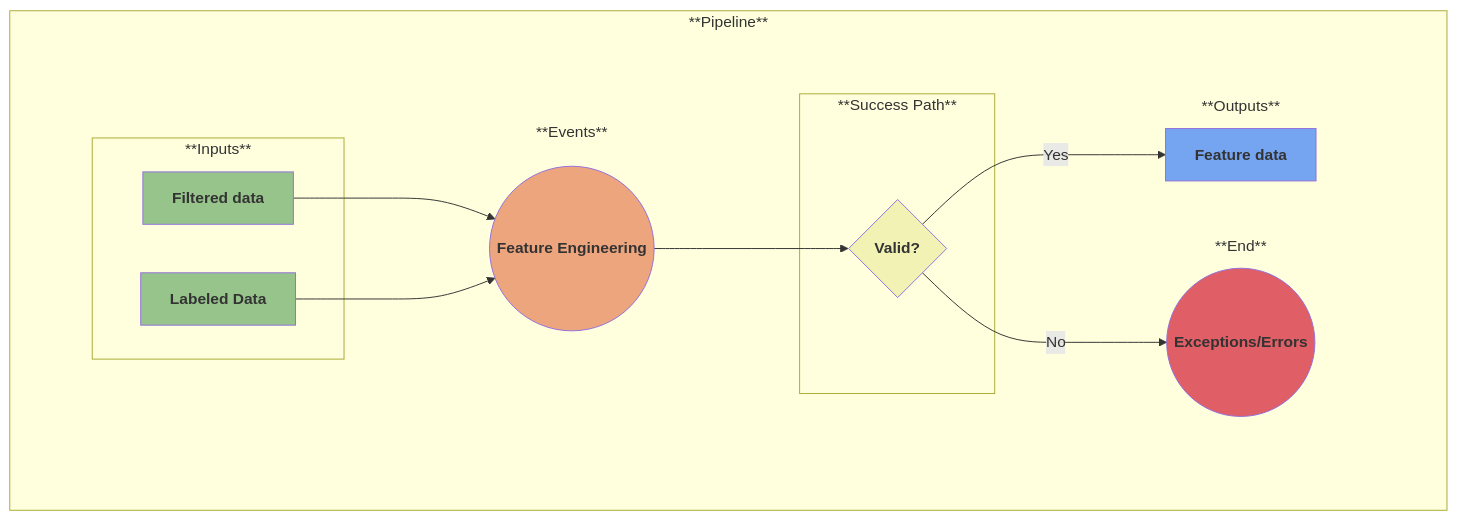
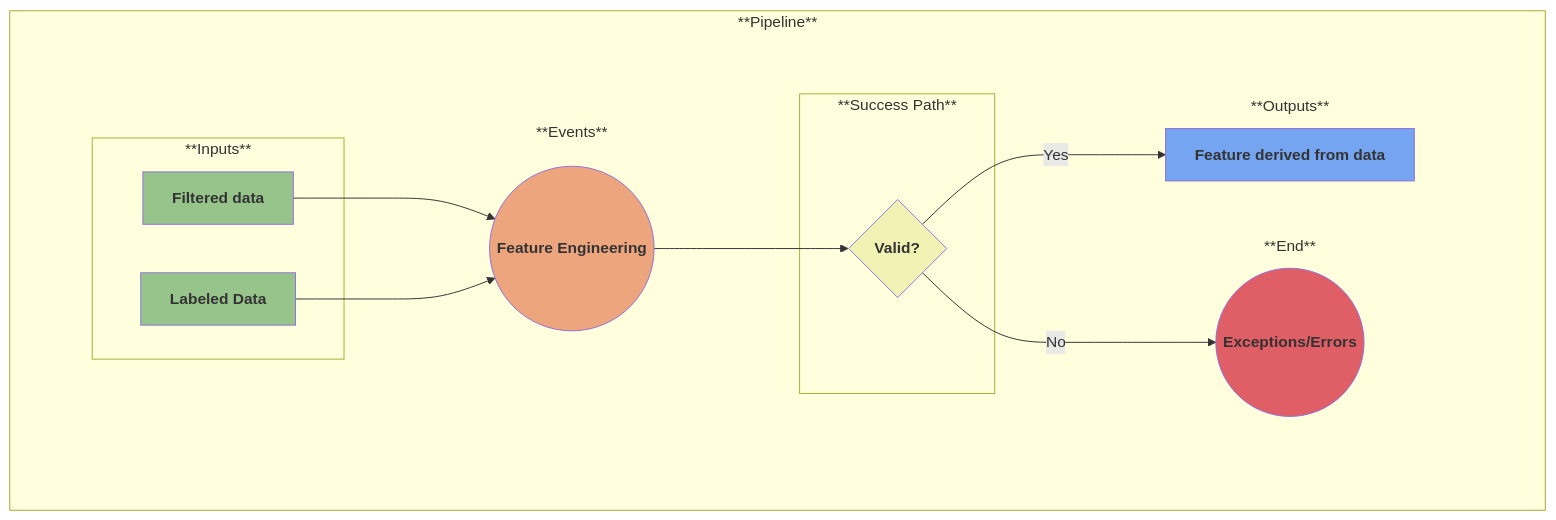
The diagram in use-cases/3a-feature-engineering.md (MLOps-OpenAPI/arch-diagrams), drawn with Mermaid before and after one commit. The commit also changed other lines of this file, not shown here.

````diff
--- a/use-cases/3a-feature-engineering.md
+++ b/use-cases/3a-feature-engineering.md
@@ -16,69 +18,69 @@
 ```mermaid
 
 %% Creating a left-to-right flowchart
 %% Learn the syntax here: https://mermaid.js.org/syntax/flowchart.html
 %% Note: flowchart and graph are the same in Mermaid
 graph LR;
 
     %% Define the common flow items:
     subgraph Pipeline ["**Pipeline**"]
         
         %% Add an empty node to overcome some formatting issues
         subgraph invisibleSpace["<br/>"]
 
             %% Add the rest of the nodes
             subgraph Inputs ["**Inputs**"]
                 A1 
             end
             subgraph Inputs ["**Inputs**"]
                 A2 
             end
             subgraph Events ["**Events**"]
                 B
             end
             subgraph Success ["**Success Path**"]
                 C
             end
             subgraph End ["**End**"]
                 D
             end
             subgraph Outputs ["**Outputs**"]
                 E
             end
         end
         A1-->B
         A2-->B
         B-->C
         C--> | No | D
         C--> | Yes | E
     end
 
     %% Now label and style the blocks
     %% Note: You could have done this above, but I find this to be cleaner and easier to manage
 
     A1[<b>Filtered data</b>]
     style A1 fill:#96c48b
 
     A2[<b>Labeled Data</b>]
     style A2 fill:#96c48b
 
     B((<b>Feature Engineering</b>))
     style B fill:#eda57e
 
     C{<b>Valid?</b>}
     style C fill:#f1f2b3
 
     D((<b>Exceptions/Errors</b>))
     style D fill:#e05e65
 
-    E[<b>Feature data</b>]
+    E[<b>Feature derived from data</b>]
     style E fill:#75a4f0
 
     %% Remove unnecessary box outlines
     style invisibleSpace stroke-width:0
     style Inputs stroke-width:0
     style Events stroke-width:0
     style Outputs stroke-width:0
     style End stroke-width:0
 
 ```
````
